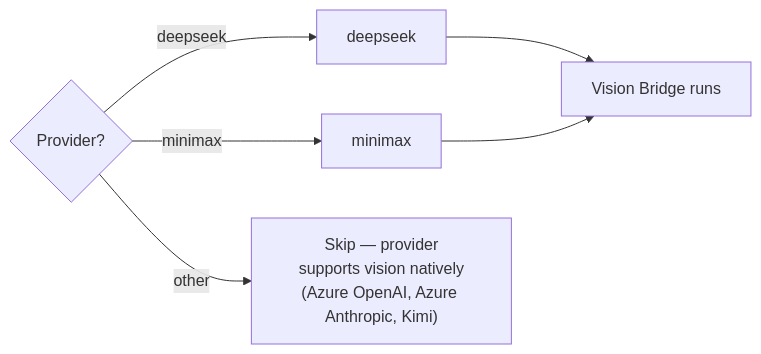
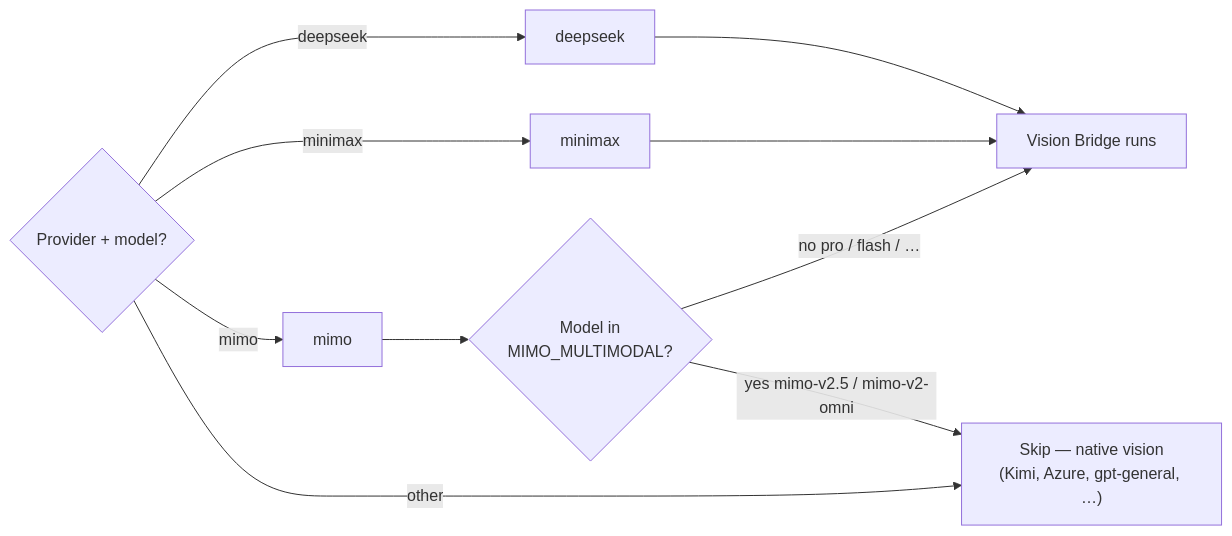
One commit to lqdflying/cursorProxy changed the second of 6 diagrams in doc/vision-bridge.md. Above: the diagram before and after it, drawn with Mermaid. The commit also changed other lines of this file and 19 other files, not shown here.

First line of the commit message:
Add Xiaomi MiMo provider with model-aware vision and reasoning bridge.

````diff
--- a/doc/vision-bridge.md
+++ b/doc/vision-bridge.md
@@ -93,12 +109,17 @@
 ```mermaid
 flowchart LR
-    P{"Provider?"}
+    P{"Provider + model?"}
     DS["deepseek"]
     MM["minimax"]
-    SKIP["Skip — provider\nsupports vision natively\n(Azure OpenAI, Azure Anthropic, Kimi)"]
+    MIMO["mimo"]
+    MIMO_CHK{"Model in\nMIMO_MULTIMODAL?"}
+    SKIP["Skip — native vision\n(Kimi, Azure, gpt-general, …)"]
     VB["Vision Bridge runs"]
 
     P -->|deepseek| DS --> VB
     P -->|minimax| MM --> VB
+    P -->|mimo| MIMO --> MIMO_CHK
+    MIMO_CHK -->|yes mimo-v2.5 / mimo-v2-omni| SKIP
+    MIMO_CHK -->|no pro / flash / …| VB
     P -->|other| SKIP
 ```
````
